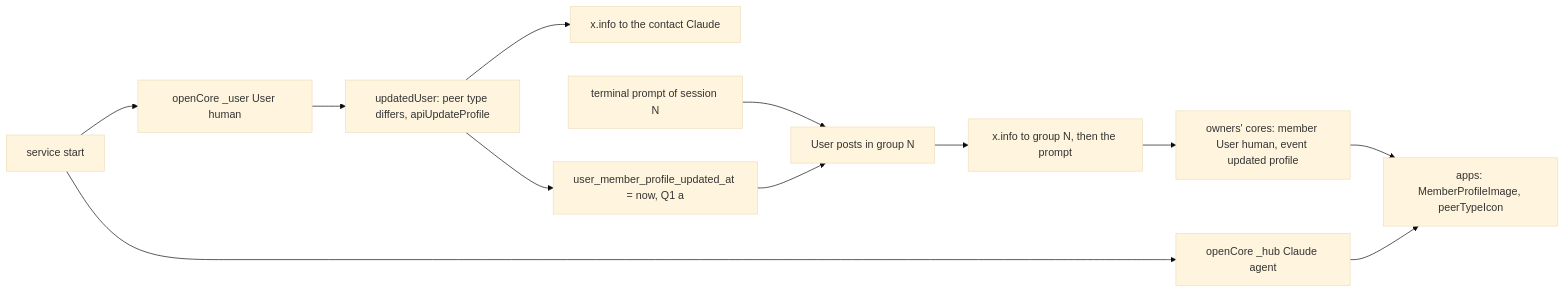
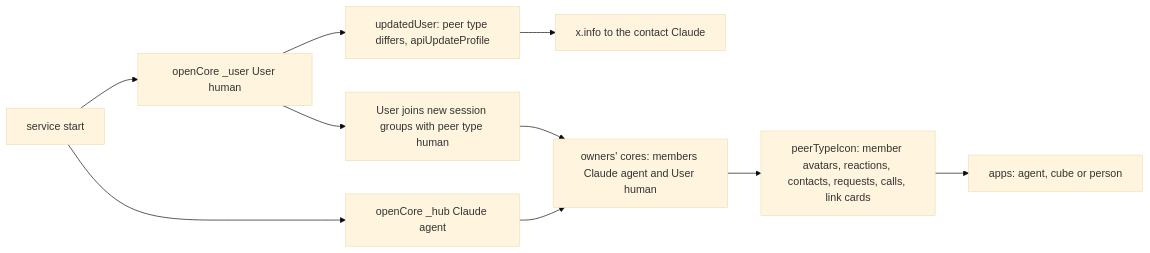
Before and after one commit to simplex-chat/simplex-chat: the second of 2 diagrams in plans/2026-11-12-mcp-agent-profile.md, drawn with Mermaid (base theme). The commit also changed other lines of this file, not shown here.

Commit message:
plan: mcp-agent-profile, answers Q1 (b) and Q2 (b)

````diff
--- a/plans/2026-11-12-mcp-agent-profile.md
+++ b/plans/2026-11-12-mcp-agent-profile.md
@@ -242,14 +304,12 @@
 ```mermaid
 flowchart LR
   S[service start] --> H[openCore _hub Claude agent]
   S --> UO[openCore _user User human]
   UO --> UU[updatedUser: peer type differs, apiUpdateProfile]
   UU --> XC[x.info to the contact Claude]
-  UU --> TS[user_member_profile_updated_at = now, Q1 a]
-  TP[terminal prompt of session N] --> P[User posts in group N]
-  TS --> P
-  P --> XG[x.info to group N, then the prompt]
-  XG --> M[owners' cores: member User human, event updated profile]
-  M --> A[apps: MemberProfileImage, peerTypeIcon]
-  H --> A
+  UO --> J[User joins new session groups with peer type human]
+  H --> M[owners' cores: members Claude agent and User human]
+  J --> M
+  M --> P[peerTypeIcon: member avatars, reactions, contacts, requests, calls, link cards]
+  P --> A[apps: agent, cube or person]
 ```
````
